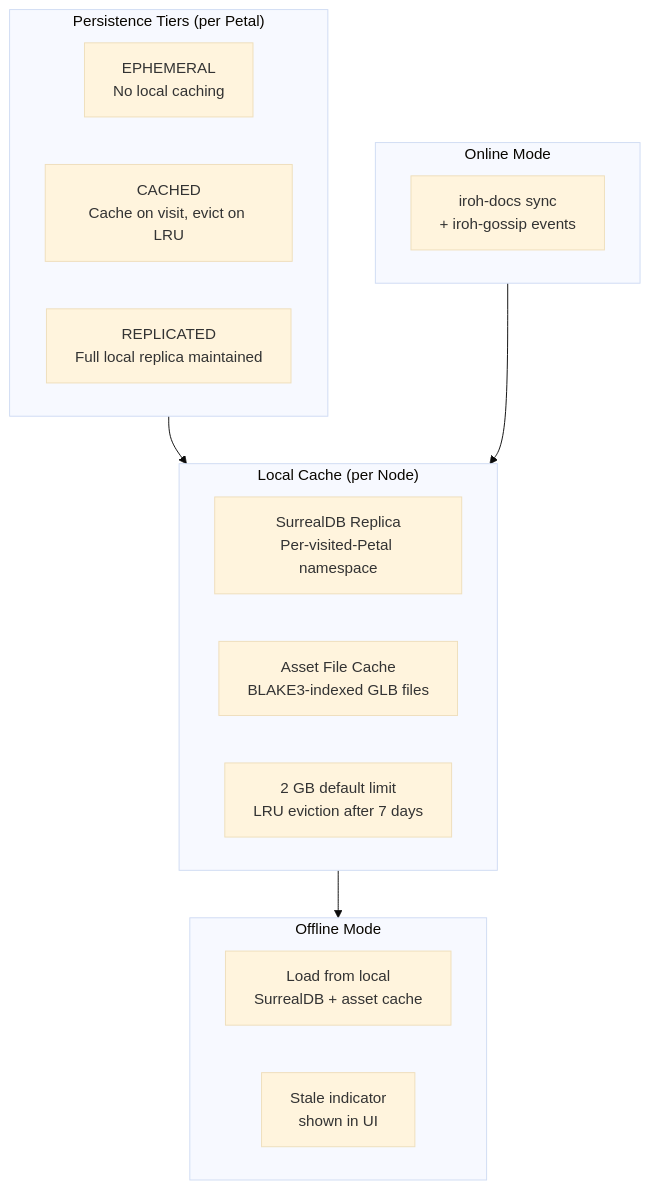
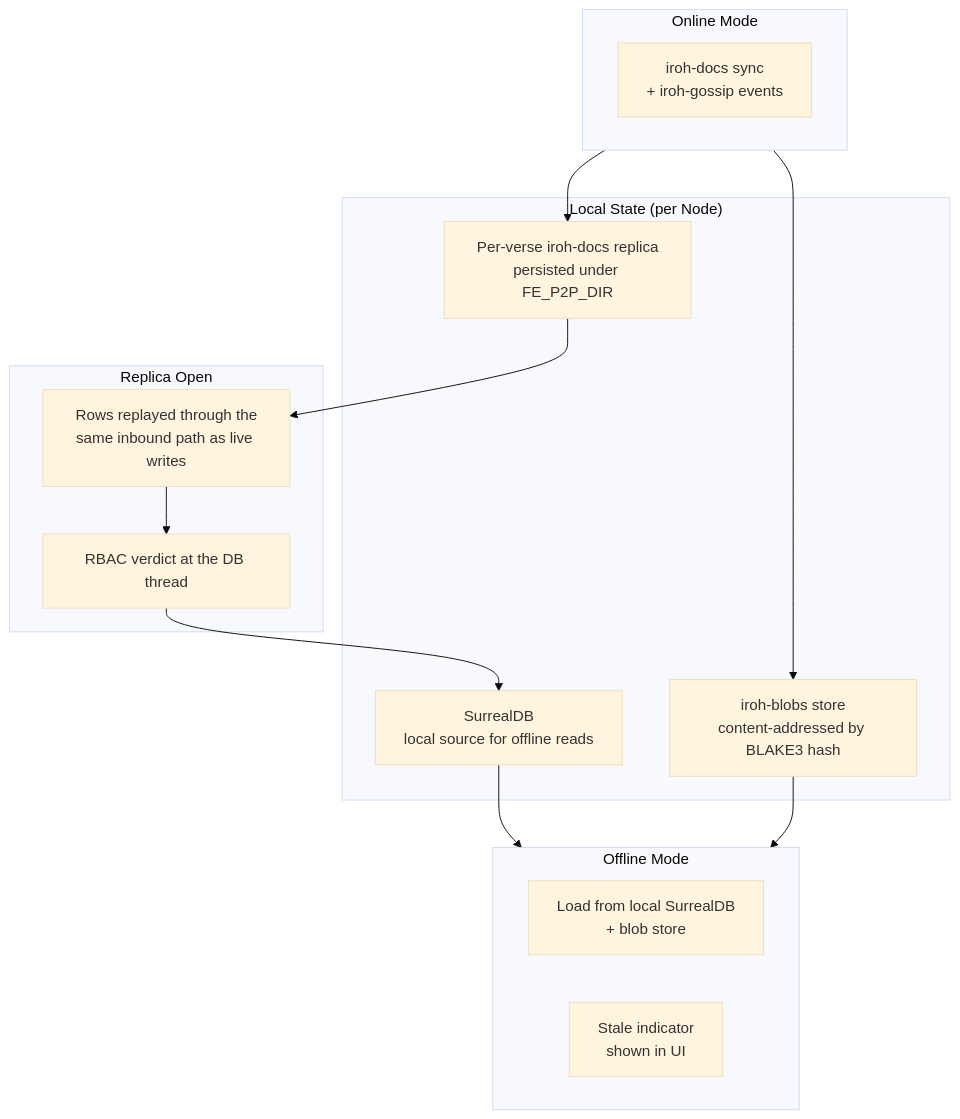
The second of 3 diagrams in docs/diagrams/09-sync-and-caching.md (Escherbridge/fractalengine), drawn with Mermaid (base theme) before and after one commit. The commit also changed other lines of this file and 4 other files, not shown here.

First line of the commit message:
docs(diagrams): redraw system, network and sync diagrams to the seven-thread topology

````diff
--- a/docs/diagrams/09-sync-and-caching.md
+++ b/docs/diagrams/09-sync-and-caching.md
@@ -32,27 +34,30 @@
 ```mermaid
 graph TD
-    subgraph Cache["Local Cache (per Node)"]
-        DB_Cache["SurrealDB Replica<br/>Per-visited-Petal namespace"]
-        Asset_Cache["Asset File Cache<br/>BLAKE3-indexed GLB files"]
-        Limit["2 GB default limit<br/>LRU eviction after 7 days"]
-    end
-
-    subgraph Tiers["Persistence Tiers (per Petal)"]
-        Ephemeral["EPHEMERAL<br/>No local caching"]
-        Cached["CACHED<br/>Cache on visit, evict on LRU"]
-        Replicated["REPLICATED<br/>Full local replica maintained"]
+    subgraph Local["Local State (per Node)"]
+        Replica["Per-verse iroh-docs replica<br/>persisted under FE_P2P_DIR"]
+        BlobStore["iroh-blobs store<br/>content-addressed by BLAKE3 hash"]
+        DB_Cache["SurrealDB<br/>local source for offline reads"]
     end
 
     subgraph Online["Online Mode"]
-        Sync[iroh-docs sync<br/>+ iroh-gossip events]
+        Sync["iroh-docs sync<br/>+ iroh-gossip events"]
+    end
+
+    subgraph Open["Replica Open"]
+        Replay["Rows replayed through the<br/>same inbound path as live writes"]
+        Judge["RBAC verdict at the DB thread"]
     end
 
     subgraph Offline["Offline Mode"]
-        Local[Load from local<br/>SurrealDB + asset cache]
+        LocalRead["Load from local SurrealDB<br/>+ blob store"]
         Stale["Stale indicator<br/>shown in UI"]
     end
 
-    Tiers --> Cache
-    Online --> Cache
-    Cache --> Offline
+    Online --> Replica
+    Replica --> Replay
+    Replay --> Judge
+    Judge --> DB_Cache
+    Online --> BlobStore
+    DB_Cache --> Offline
+    BlobStore --> Offline
 ```
````
